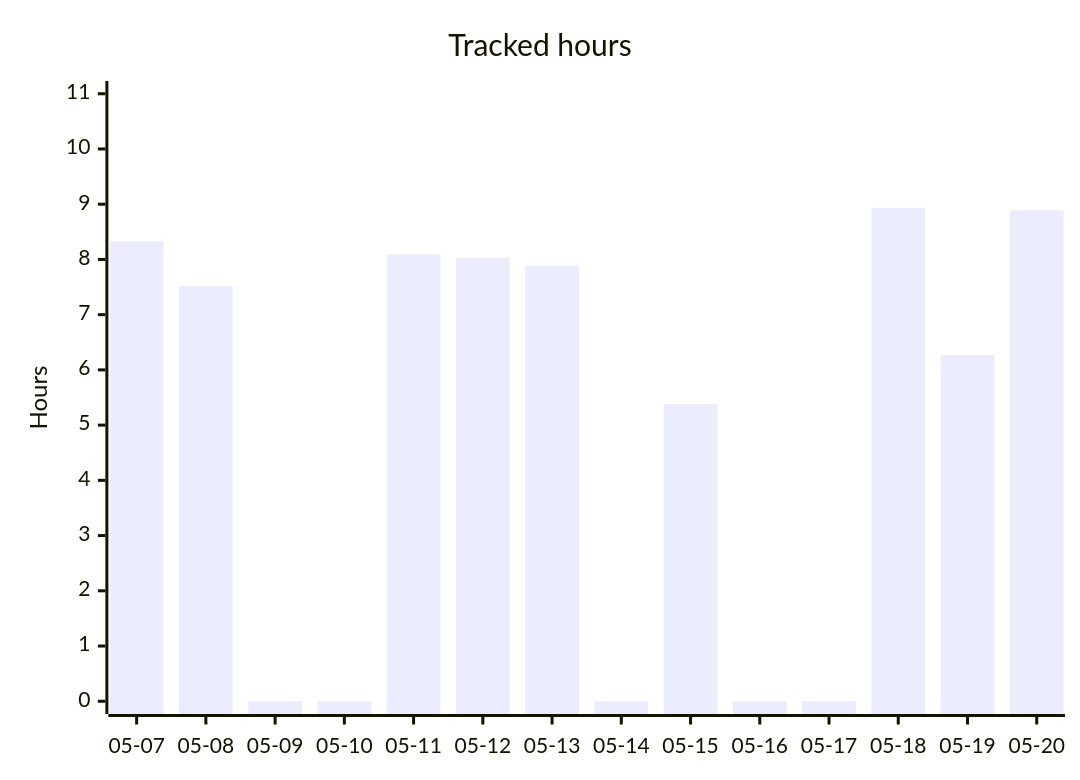
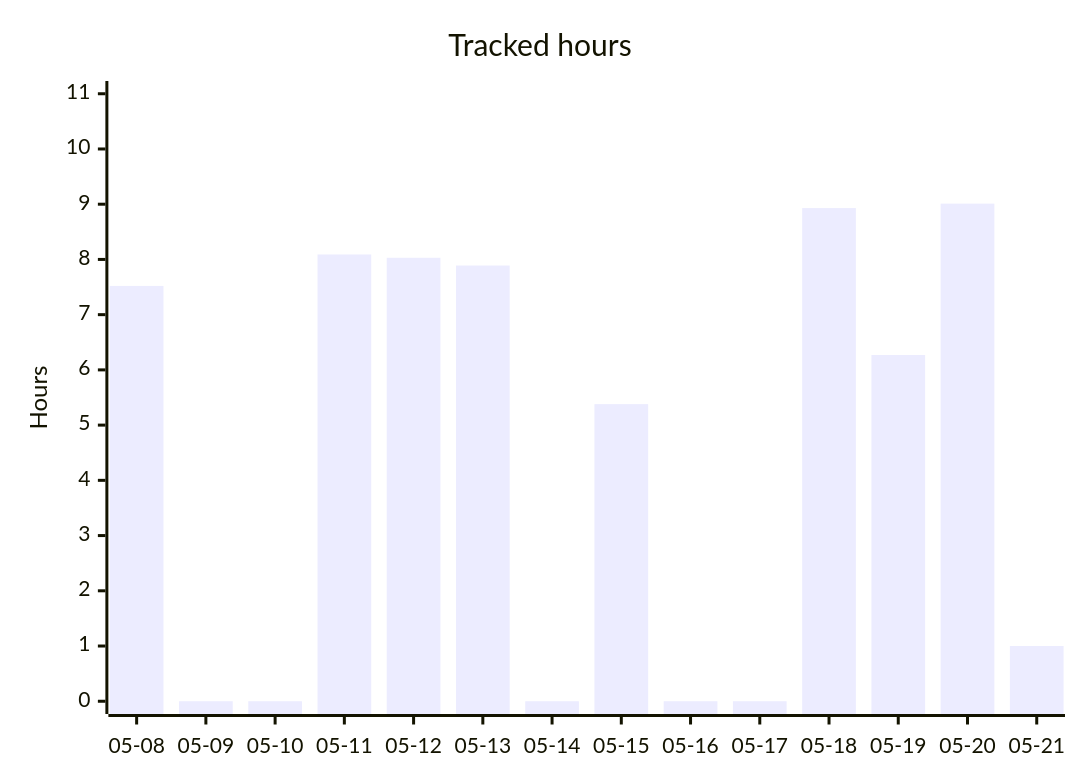
Before and after one commit to albinforsberg-netizen/timeclock: the second of 5 diagrams in README.org, drawn with Mermaid. The commit also changed other lines of this file, not shown here.

```diff
--- a/README.org
+++ b/README.org
@@ -90,7 +90,7 @@
 #+begin_src mermaid
 xychart-beta
     title "Tracked hours"
-    x-axis ["05-07", "05-08", "05-09", "05-10", "05-11", "05-12", "05-13", "05-14", "05-15", "05-16", "05-17", "05-18", "05-19", "05-20"]
+    x-axis ["05-08", "05-09", "05-10", "05-11", "05-12", "05-13", "05-14", "05-15", "05-16", "05-17", "05-18", "05-19", "05-20", "05-21"]
     y-axis "Hours" 0 --> 11
-    bar [8.33, 7.52, 0.00, 0.00, 8.09, 8.03, 7.89, 0.00, 5.38, 0.00, 0.00, 8.93, 6.27, 8.89]
+    bar [7.52, 0.00, 0.00, 8.09, 8.03, 7.89, 0.00, 5.38, 0.00, 0.00, 8.93, 6.27, 9.01, 1.00]
 #+end_src
```
